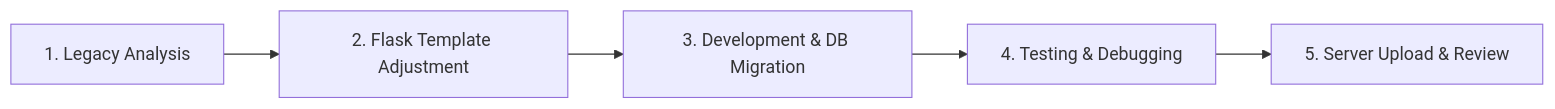
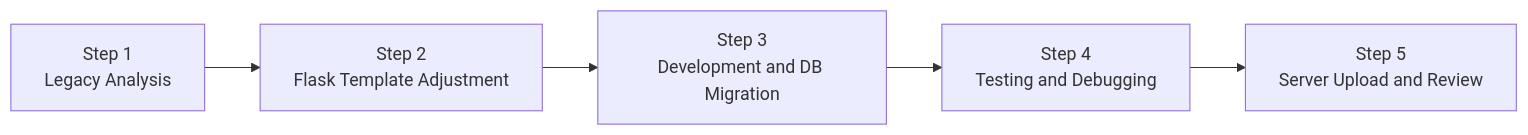
Before and after one commit to Hendro08/forecast_sales_migration: the diagram in README.md, drawn with Mermaid.

````diff
--- a/README.md
+++ b/README.md
@@ -99,7 +99,7 @@
 ```mermaid
 flowchart LR
-    A["1. Legacy Analysis"] --> B["2. Flask Template Adjustment"]
-    B --> C["3. Development & DB Migration"]
-    C --> D["4. Testing & Debugging"]
-    D --> E["5. Server Upload & Review"]
+    A["Step 1<br/>Legacy Analysis"] --> B["Step 2<br/>Flask Template Adjustment"]
+    B --> C["Step 3<br/>Development and DB Migration"]
+    C --> D["Step 4<br/>Testing and Debugging"]
+    D --> E["Step 5<br/>Server Upload and Review"]
 ```
````
